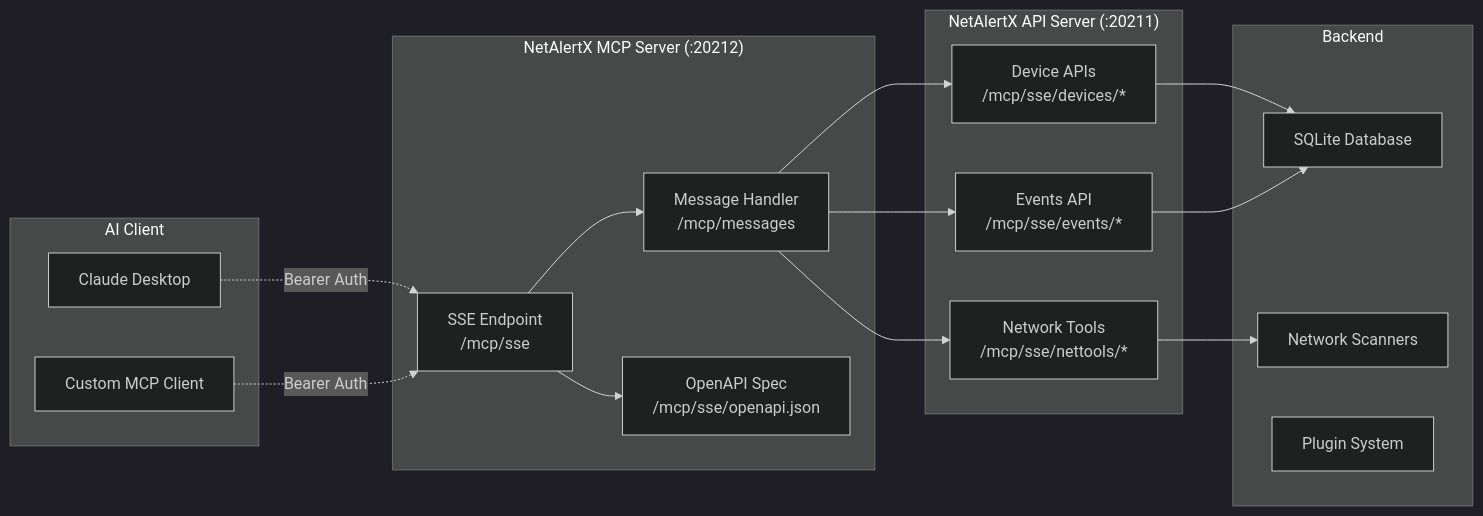
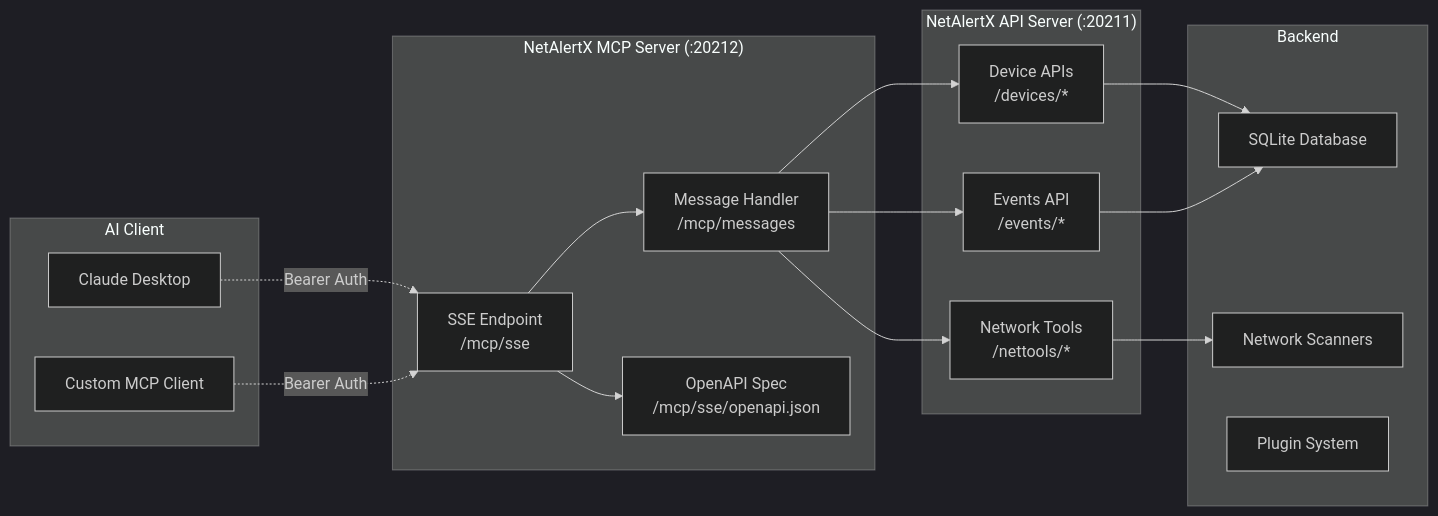
One commit to bryanwills/NetAlertX changed the third of 3 diagrams in docs/API_MCP.md. Above: the diagram before and after it, drawn with Mermaid (dark theme). The commit also changed other lines of this file and 1 other file, not shown here.

Commit message:
docs(mcp): Update tool descriptions, links, and standardize path parameters

````diff
--- a/docs/API_MCP.md
+++ b/docs/API_MCP.md
@@ -61,36 +61,36 @@
 ```mermaid
 graph LR
     subgraph "AI Client"
         A[Claude Desktop]
         B[Custom MCP Client]
     end
 
     subgraph "NetAlertX MCP Server (:20212)"
         C[SSE Endpoint<br/>/mcp/sse]
         D[Message Handler<br/>/mcp/messages]
         E[OpenAPI Spec<br/>/mcp/sse/openapi.json]
     end
 
     subgraph "NetAlertX API Server (:20211)"
-        F[Device APIs<br/>/mcp/sse/devices/*]
-        G[Network Tools<br/>/mcp/sse/nettools/*]
-        H[Events API<br/>/mcp/sse/events/*]
+        F[Device APIs<br/>/devices/*]
+        G[Network Tools<br/>/nettools/*]
+        H[Events API<br/>/events/*]
     end
 
     subgraph "Backend"
         I[SQLite Database]
         J[Network Scanners]
         K[Plugin System]
     end
 
     A -.->|Bearer Auth| C
     B -.->|Bearer Auth| C
     C --> D
     C --> E
     D --> F
     D --> G
     D --> H
     F --> I
     G --> J
     H --> I
 ```
````
